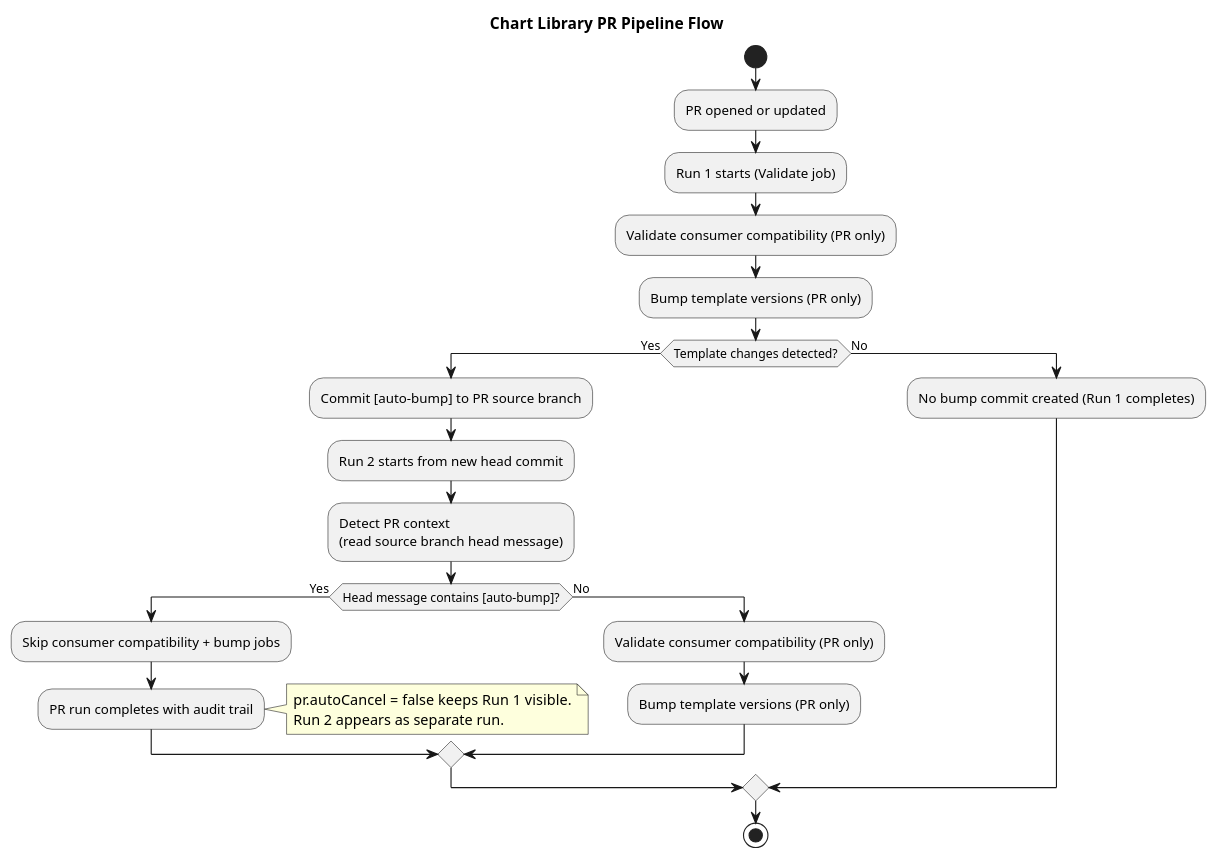
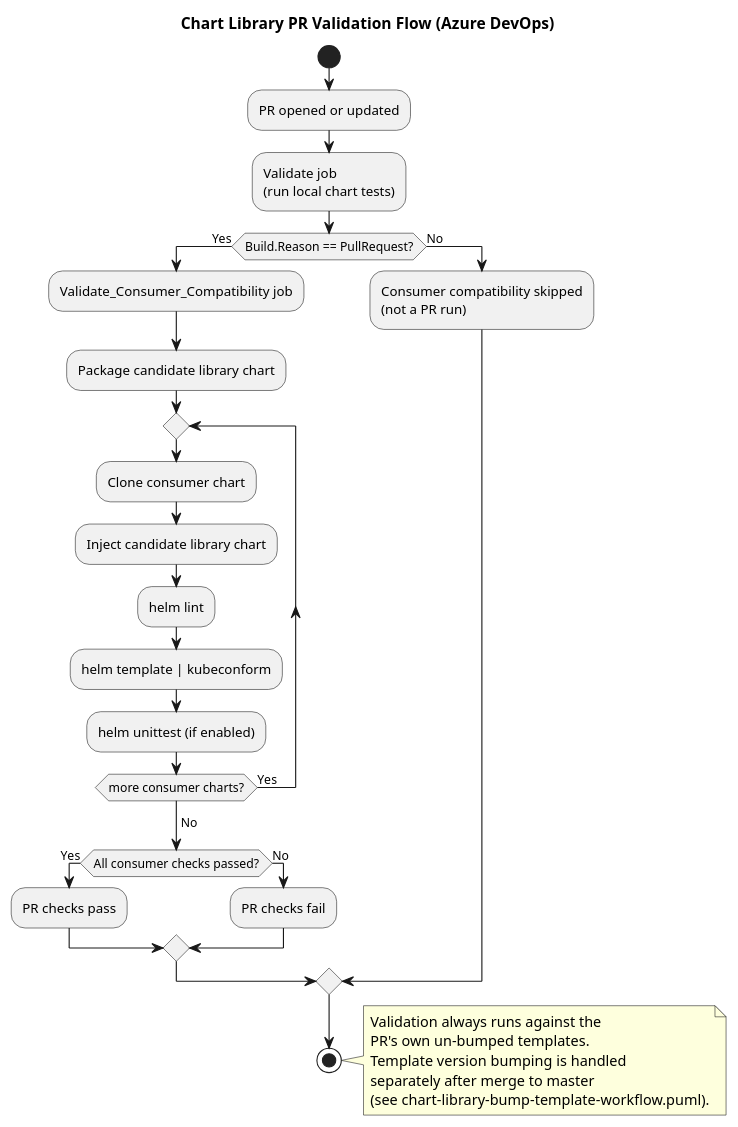
One commit to hmcts/chart-library changed the diagram in chart-library-pr-pipeline-flow.puml. Above: the diagram before and after it, drawn with PlantUML. The commit also changed 6 other files, not shown here.

Commit message:
Updating readme structure, content and diagrams for PR validation and template version automation

```diff
--- a/chart-library-pr-pipeline-flow.puml
+++ b/chart-library-pr-pipeline-flow.puml
@@ -1,33 +1,41 @@
 @startuml ChartLibraryPRPipelineFlow
-title Chart Library PR Pipeline Flow
+title Chart Library PR Validation Flow (Azure DevOps)
 
 start
 
 :PR opened or updated;
-:Run 1 starts (Validate job);
-:Validate consumer compatibility (PR only);
-:Bump template versions (PR only);
+:Validate job\n(run local chart tests);
 
-if (Template changes detected?) then (Yes)
-	:Commit [auto-bump] to PR source branch;
-	:Run 2 starts from new head commit;
-	:Detect PR context\n(read source branch head message);
+if (Build.Reason == PullRequest?) then (Yes)
+	:Validate_Consumer_Compatibility job;
+	:Package candidate library chart;
 
-	if (Head message contains [auto-bump]?) then (Yes)
-		:Skip consumer compatibility + bump jobs;
-		:PR run completes with audit trail;
-		note right
-			pr.autoCancel = false keeps Run 1 visible.
-			Run 2 appears as separate run.
-		end note
+	repeat
+		:Clone consumer chart;
+		:Inject candidate library chart;
+		:helm lint;
+		:helm template | kubeconform;
+		:helm unittest (if enabled);
+	repeat while (more consumer charts?) is (Yes)
+	->No;
+
+	if (All consumer checks passed?) then (Yes)
+		:PR checks pass;
 	else (No)
-		:Validate consumer compatibility (PR only);
-		:Bump template versions (PR only);
+		:PR checks fail;
 	endif
 else (No)
-	:No bump commit created (Run 1 completes);
+	:Consumer compatibility skipped\n(not a PR run);
 endif
 
 stop
 
+note right
+	Validation always runs against the
+	PR's own un-bumped templates.
+	Template version bumping is handled
+	separately after merge to master
+	(see chart-library-bump-template-workflow.puml).
+end note
+
 @enduml
```
